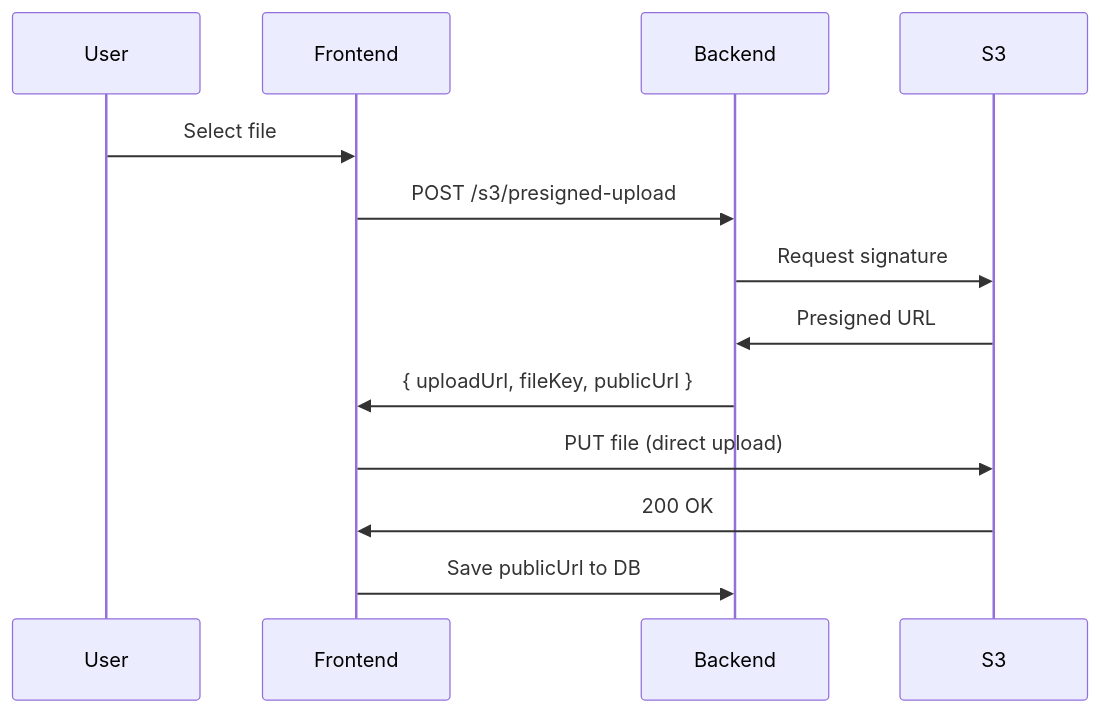
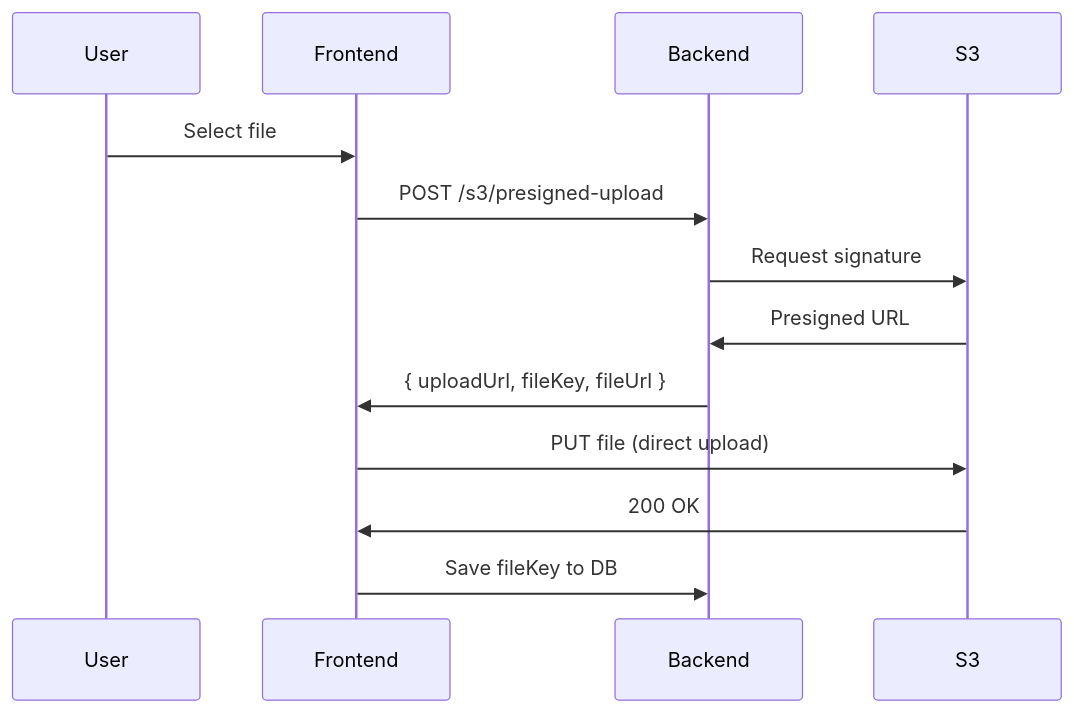
One commit to JoblyAIHCMUS/JoblyAI changed the diagram in apps/backend/src/app/s3/S3_API_GUIDE.md. Above: the diagram before and after it, drawn with Mermaid. The commit also changed other lines of this file and 7 other files, not shown here.

````diff
--- a/apps/backend/src/app/s3/S3_API_GUIDE.md
+++ b/apps/backend/src/app/s3/S3_API_GUIDE.md
@@ -84,16 +150,16 @@
 ```mermaid
 sequenceDiagram
     participant User
     participant Frontend
     participant Backend
     participant S3
 
     User->>Frontend: Select file
     Frontend->>Backend: POST /s3/presigned-upload
     Backend->>S3: Request signature
     S3->>Backend: Presigned URL
-    Backend->>Frontend: { uploadUrl, fileKey, publicUrl }
+    Backend->>Frontend: { uploadUrl, fileKey, fileUrl }
     Frontend->>S3: PUT file (direct upload)
     S3->>Frontend: 200 OK
-    Frontend->>Backend: Save publicUrl to DB
+    Frontend->>Backend: Save fileKey to DB
 ```
````
